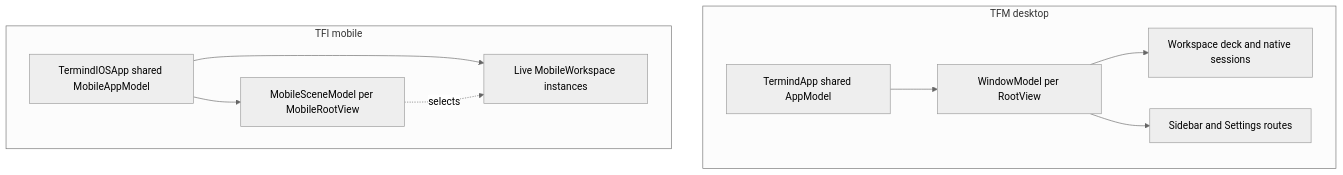
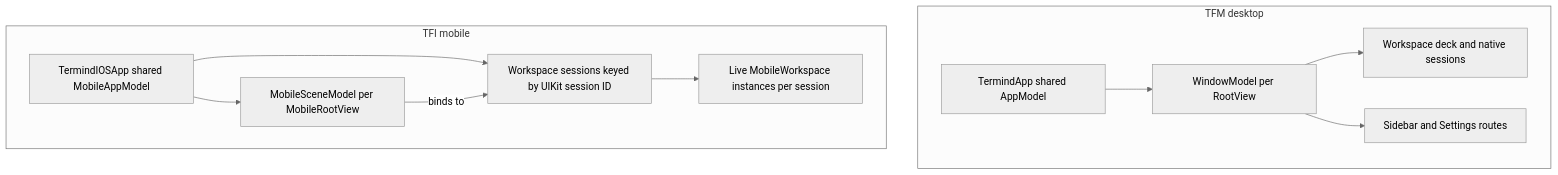
Before and after one commit to AkinoKaede/Termind: the first of 3 diagrams in openwiki/architecture/native-app-directories.md, drawn with Mermaid (neutral theme). The commit also changed other lines of this file and 51 other files, not shown here.

````diff
--- a/openwiki/architecture/native-app-directories.md
+++ b/openwiki/architecture/native-app-directories.md
@@ -139,13 +155,14 @@
 ```mermaid
 flowchart TB
     subgraph Mac["TFM desktop"]
         DesktopApp["TermindApp shared AppModel"] --> Window["WindowModel per RootView"]
         Window --> Deck["Workspace deck and native sessions"]
         Window --> Sidebar["Sidebar and Settings routes"]
     end
     subgraph IOS["TFI mobile"]
-        IOSApp["TermindIOSApp shared MobileAppModel"] --> Runtimes["Live MobileWorkspace instances"]
+        IOSApp["TermindIOSApp shared MobileAppModel"] --> Sessions["Workspace sessions keyed by UIKit session ID"]
+        Sessions --> Runtimes["Live MobileWorkspace instances per session"]
         IOSApp --> Scene["MobileSceneModel per MobileRootView"]
-        Scene -.->|selects| Runtimes
+        Scene -->|binds to| Sessions
     end
 ```
````
